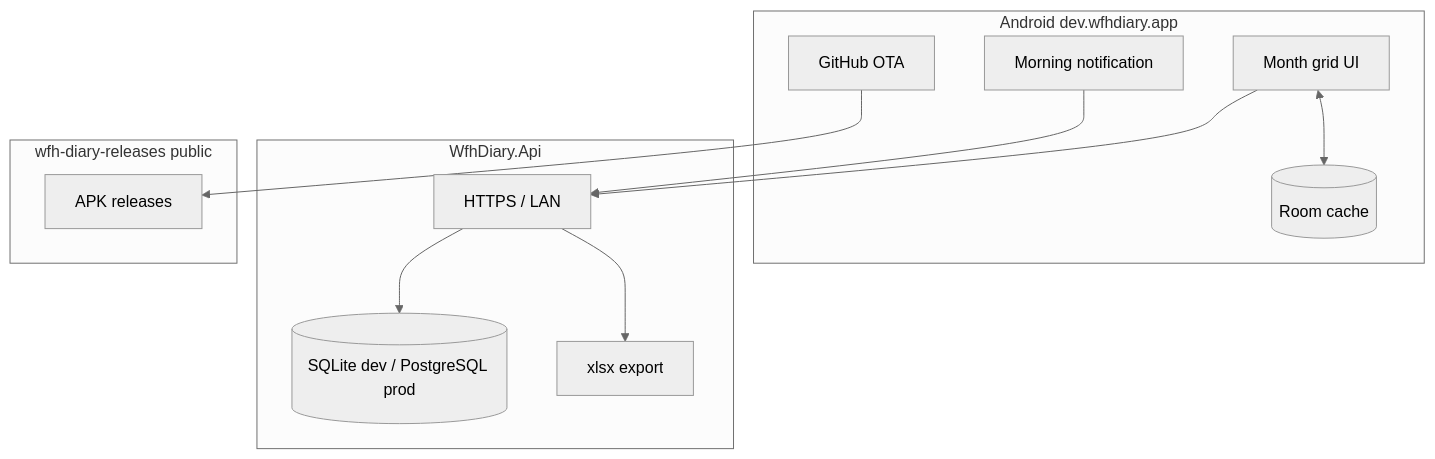
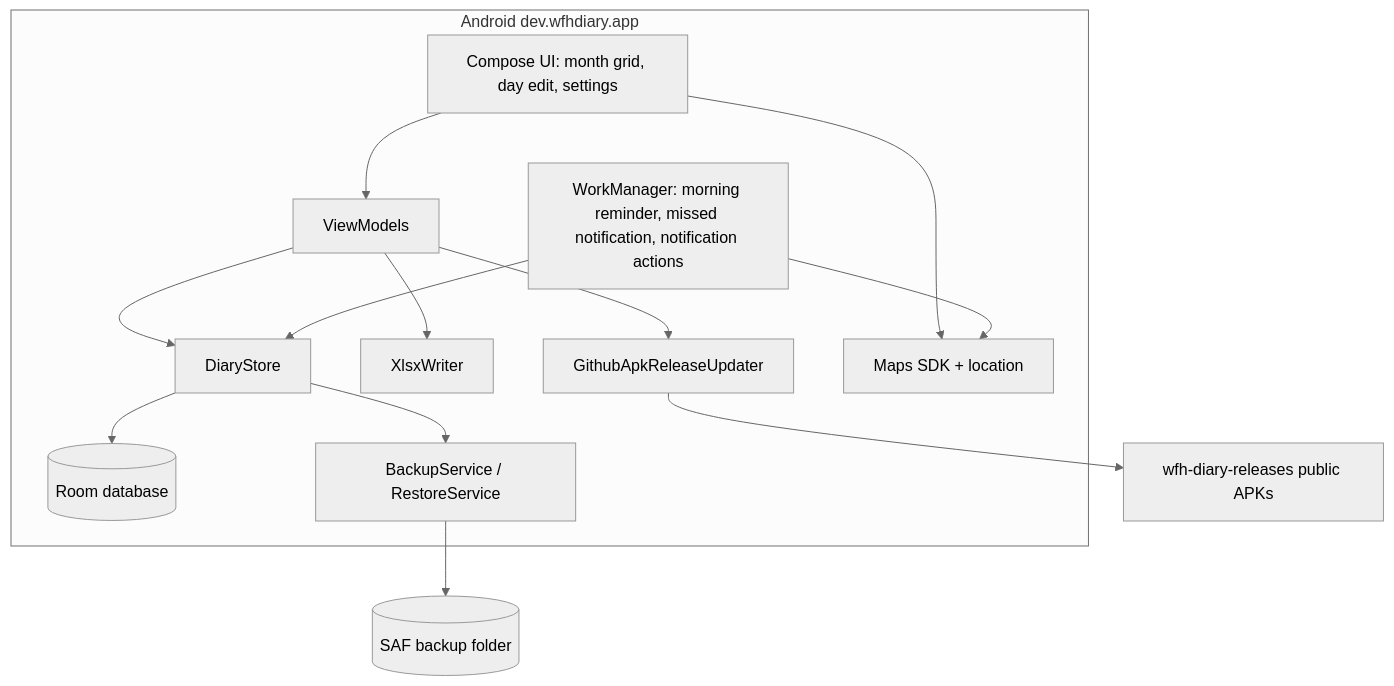
The diagram in docs/ARCHITECTURE.md (Evzy/wfh-diary), drawn with Mermaid (neutral theme) before and after one commit. The commit also changed other lines of this file and 93 other files, not shown here.

````diff
--- a/docs/ARCHITECTURE.md
+++ b/docs/ARCHITECTURE.md
@@ -7,23 +7,28 @@
 ```mermaid
 flowchart TB
   subgraph device [Android dev.wfhdiary.app]
-    Notif[Morning notification]
-    Grid[Month grid UI]
-    Room[(Room cache)]
-    Updater[GitHub OTA]
+    UI[Compose UI: month grid, day edit, settings]
+    Workers[WorkManager: morning reminder, missed notification, notification actions]
+    VM[ViewModels]
+    Store[DiaryStore]
+    Room[(Room database)]
+    Backup[BackupService / RestoreService]
+    Xlsx[XlsxWriter]
+    Updater[GithubApkReleaseUpdater]
+    Maps[Maps SDK + location]
   end
-  subgraph cloud [WfhDiary.Api]
-    API[HTTPS / LAN]
-    DB[(SQLite dev / PostgreSQL prod)]
-    Export[xlsx export]
-  end
-  subgraph releases [wfh-diary-releases public]
-    APK[APK releases]
-  end
-  Grid --> API
-  Notif --> API
-  API --> DB
-  API --> Export
-  Grid <--> Room
-  Updater --> APK
+  Folder[(SAF backup folder)]
+  Releases[wfh-diary-releases public APKs]
+
+  UI --> VM
+  VM --> Store
+  Workers --> Store
+  Store --> Room
+  Store --> Backup
+  Backup --> Folder
+  VM --> Xlsx
+  VM --> Updater
+  Updater --> Releases
+  UI --> Maps
+  Workers --> Maps
 ```
````
